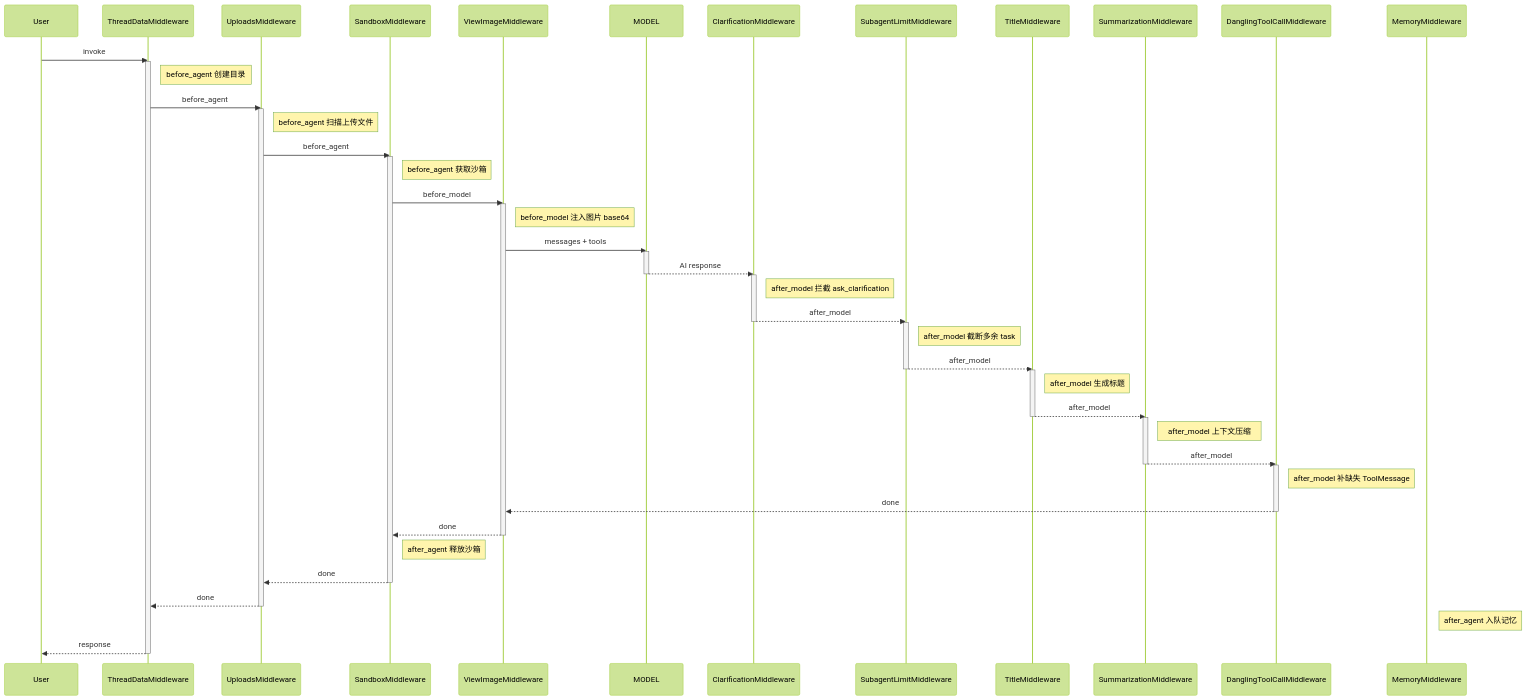
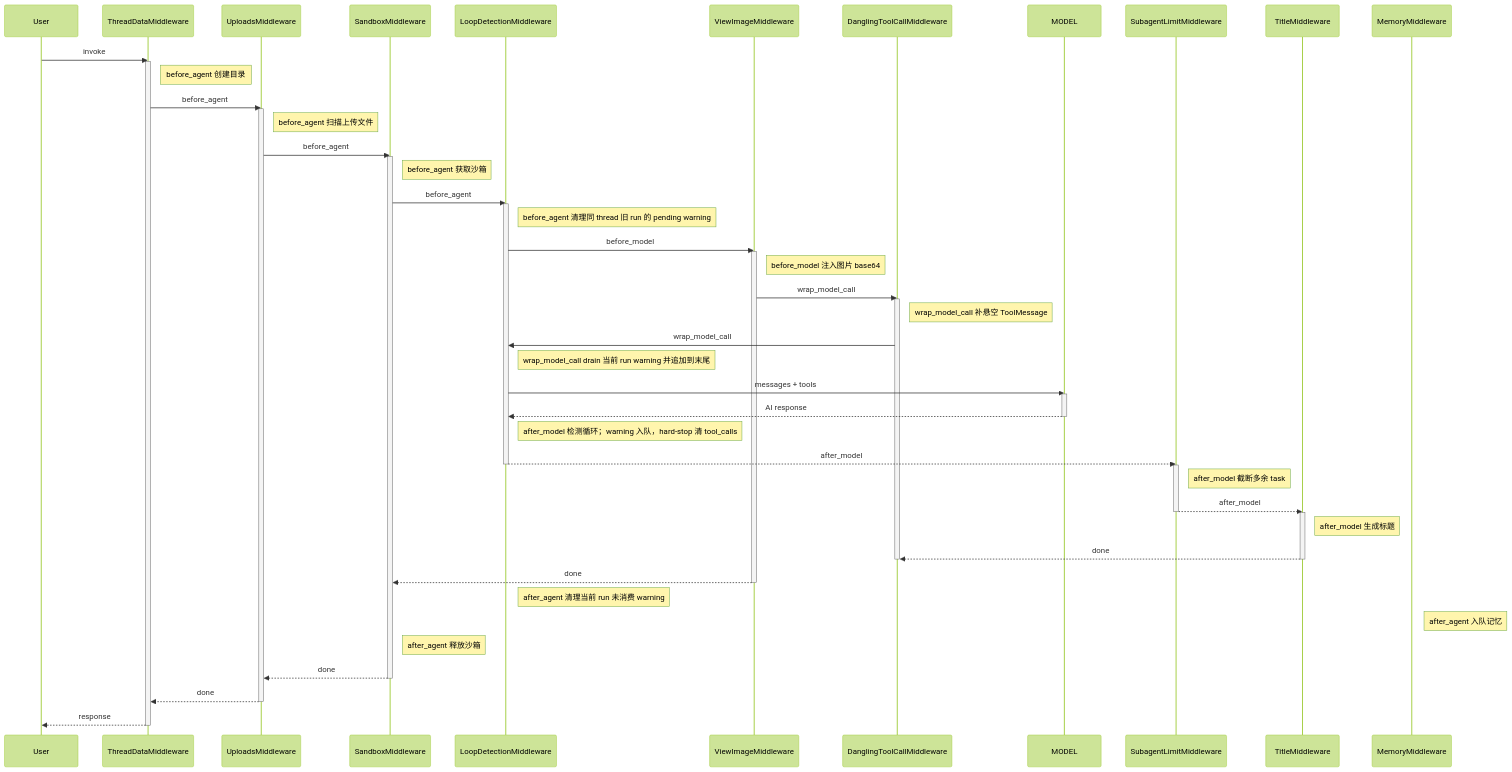
The second of 4 diagrams in backend/docs/middleware-execution-flow.md (tsbaby1326/deer-flow), drawn with Mermaid (forest theme) before and after one commit. The commit also changed other lines of this file and 6 other files, not shown here.

First line of the commit message:
feat(loop-detection): defer warning injection (#2752)

````diff
--- a/backend/docs/middleware-execution-flow.md
+++ b/backend/docs/middleware-execution-flow.md
@@ -79,76 +87,76 @@
 ```mermaid
 sequenceDiagram
     participant U as User
     participant TD as ThreadDataMiddleware
     participant UL as UploadsMiddleware
     participant SB as SandboxMiddleware
+    participant LD as LoopDetectionMiddleware
     participant VI as ViewImageMiddleware
+    participant DTC as DanglingToolCallMiddleware
     participant M as MODEL
-    participant CL as ClarificationMiddleware
     participant SL as SubagentLimitMiddleware
     participant TI as TitleMiddleware
-    participant SM as SummarizationMiddleware
-    participant DTC as DanglingToolCallMiddleware
     participant MEM as MemoryMiddleware
 
     U ->> TD: invoke
     activate TD
     Note right of TD: before_agent 创建目录
 
     TD ->> UL: before_agent
     activate UL
     Note right of UL: before_agent 扫描上传文件
 
     UL ->> SB: before_agent
     activate SB
     Note right of SB: before_agent 获取沙箱
 
-    SB ->> VI: before_model
+    SB ->> LD: before_agent
+    activate LD
+    Note right of LD: before_agent 清理同 thread 旧 run 的 pending warning
+    LD ->> VI: before_model
     activate VI
     Note right of VI: before_model 注入图片 base64
 
-    VI ->> M: messages + tools
+    VI ->> DTC: wrap_model_call
+    activate DTC
+    Note right of DTC: wrap_model_call 补悬空 ToolMessage
+    DTC ->> LD: wrap_model_call
+    Note right of LD: wrap_model_call drain 当前 run warning 并追加到末尾
+    LD ->> M: messages + tools
     activate M
-    M -->> CL: AI response
+    M -->> LD: AI response
     deactivate M
 
-    activate CL
-    Note right of CL: after_model 拦截 ask_clarification
-    CL -->> SL: after_model
-    deactivate CL
+    Note right of LD: after_model 检测循环；warning 入队，hard-stop 清 tool_calls
+    LD -->> SL: after_model
+    deactivate LD
 
     activate SL
     Note right of SL: after_model 截断多余 task
     SL -->> TI: after_model
     deactivate SL
 
     activate TI
     Note right of TI: after_model 生成标题
-    TI -->> SM: after_model
+    TI -->> DTC: done
     deactivate TI
 
-    activate SM
-    Note right of SM: after_model 上下文压缩
-    SM -->> DTC: after_model
-    deactivate SM
-
-    activate DTC
-    Note right of DTC: after_model 补缺失 ToolMessage
-    DTC -->> VI: done
     deactivate DTC
 
     VI -->> SB: done
     deactivate VI
+
+    Note right of LD: after_agent 清理当前 run 未消费 warning
+
+    Note right of MEM: after_agent 入队记忆
 
     Note right of SB: after_agent 释放沙箱
     SB -->> UL: done
     deactivate SB
 
     UL -->> TD: done
     deactivate UL
 
-    Note right of MEM: after_agent 入队记忆
-
     TD -->> U: response
     deactivate TD
 ```
````
